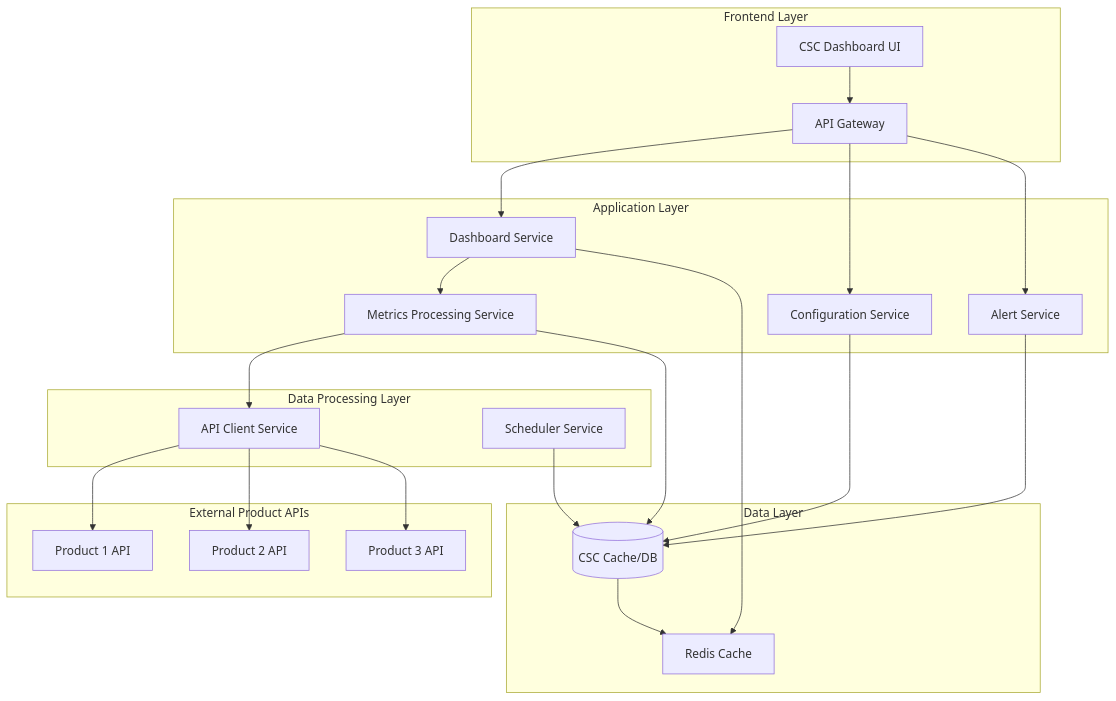
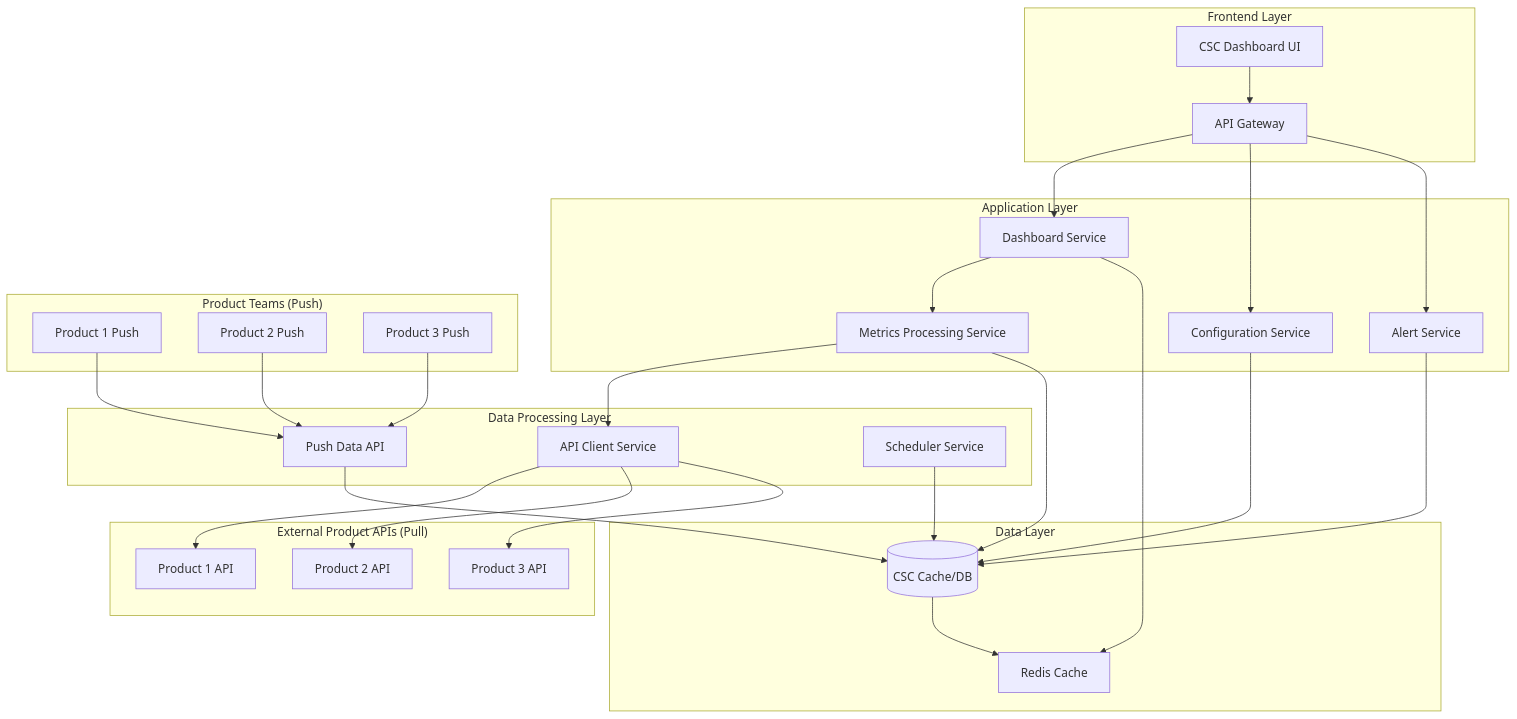
One commit to Ktiwari21/assistant_manager changed the first of 3 diagrams in .kiro/specs/product-consumption-dashboard/design.md. Above: the diagram before and after it, drawn with Mermaid. The commit also changed other lines of this file and 1 other file, not shown here.

````diff
--- a/.kiro/specs/product-consumption-dashboard/design.md
+++ b/.kiro/specs/product-consumption-dashboard/design.md
@@ -13,51 +13,64 @@
 ```mermaid
 graph TB
     subgraph "Frontend Layer"
         UI[CSC Dashboard UI]
         API_GW[API Gateway]
     end
     
     subgraph "Application Layer"
         DASH_SVC[Dashboard Service]
         CONFIG_SVC[Configuration Service]
         ALERT_SVC[Alert Service]
         METRICS_SVC[Metrics Processing Service]
     end
     
     subgraph "Data Processing Layer"
         API_CLIENT[API Client Service]
+        PUSH_API[Push Data API]
         SCHEDULER[Scheduler Service]
     end
     
     subgraph "Data Layer"
         CSC_DB[(CSC Cache/DB)]
         CACHE[Redis Cache]
     end
     
-    subgraph "External Product APIs"
+    subgraph "External Product APIs (Pull)"
         API_1[Product 1 API]
         API_2[Product 2 API]
         API_3[Product 3 API]
+    end
+    
+    subgraph "Product Teams (Push)"
+        PROD_1[Product 1 Push]
+        PROD_2[Product 2 Push]
+        PROD_3[Product 3 Push]
     end
     
     UI --> API_GW
     API_GW --> DASH_SVC
     API_GW --> CONFIG_SVC
     API_GW --> ALERT_SVC
     
     DASH_SVC --> METRICS_SVC
     DASH_SVC --> CACHE
     
     METRICS_SVC --> API_CLIENT
     METRICS_SVC --> CSC_DB
     CONFIG_SVC --> CSC_DB
     ALERT_SVC --> CSC_DB
     
     API_CLIENT --> API_1
     API_CLIENT --> API_2
     API_CLIENT --> API_3
     
+    PROD_1 --> PUSH_API
+    PROD_2 --> PUSH_API
+    PROD_3 --> PUSH_API
+    
+    PUSH_API --> CSC_DB
+    
     SCHEDULER --> CSC_DB
     
     CSC_DB --> CACHE
 ```
````
